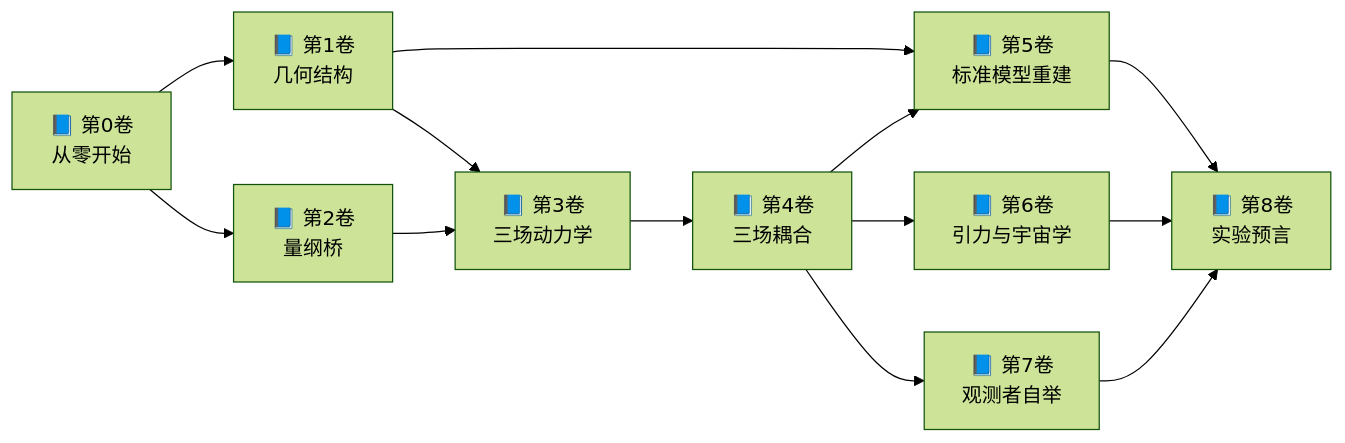
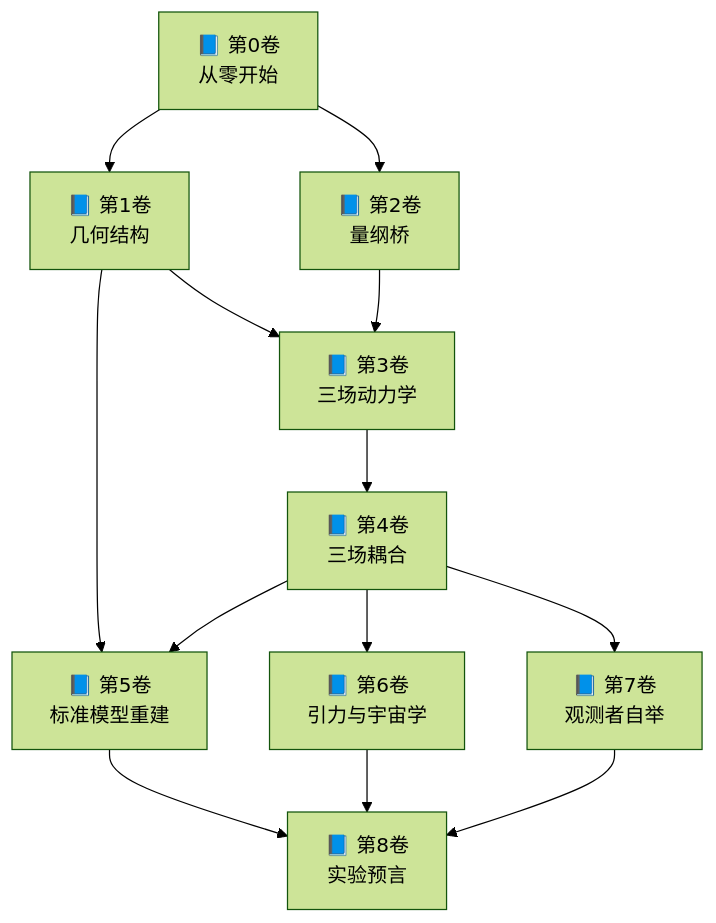
One commit to sdoygb/geometry-ai-server changed the first of 2 diagrams in app/articles/GT-Vault/00_Home.md. Above: the diagram before and after it, drawn with Mermaid (forest theme). The commit also changed other lines of this file, not shown here.

````diff
--- a/app/articles/GT-Vault/00_Home.md
+++ b/app/articles/GT-Vault/00_Home.md
@@ -22,11 +22,11 @@
 ```mermaid
-flowchart LR
+flowchart TD
     V0["📘 第0卷<br/>从零开始"] --> V1["📘 第1卷<br/>几何结构"]
     V0 --> V2["📘 第2卷<br/>量纲桥"]
     V1 & V2 --> V3A["📘 第3卷<br/>三场动力学"]
     V3A --> V4["📘 第4卷<br/>三场耦合"]
     V1 & V4 --> V5["📘 第5卷<br/>标准模型重建"]
     V4 --> V6["📘 第6卷<br/>引力与宇宙学"]
     V4 --> V7["📘 第7卷<br/>观测者自举"]
     V5 & V6 & V7 --> V8["📘 第8卷<br/>实验预言"]
 ```
````
